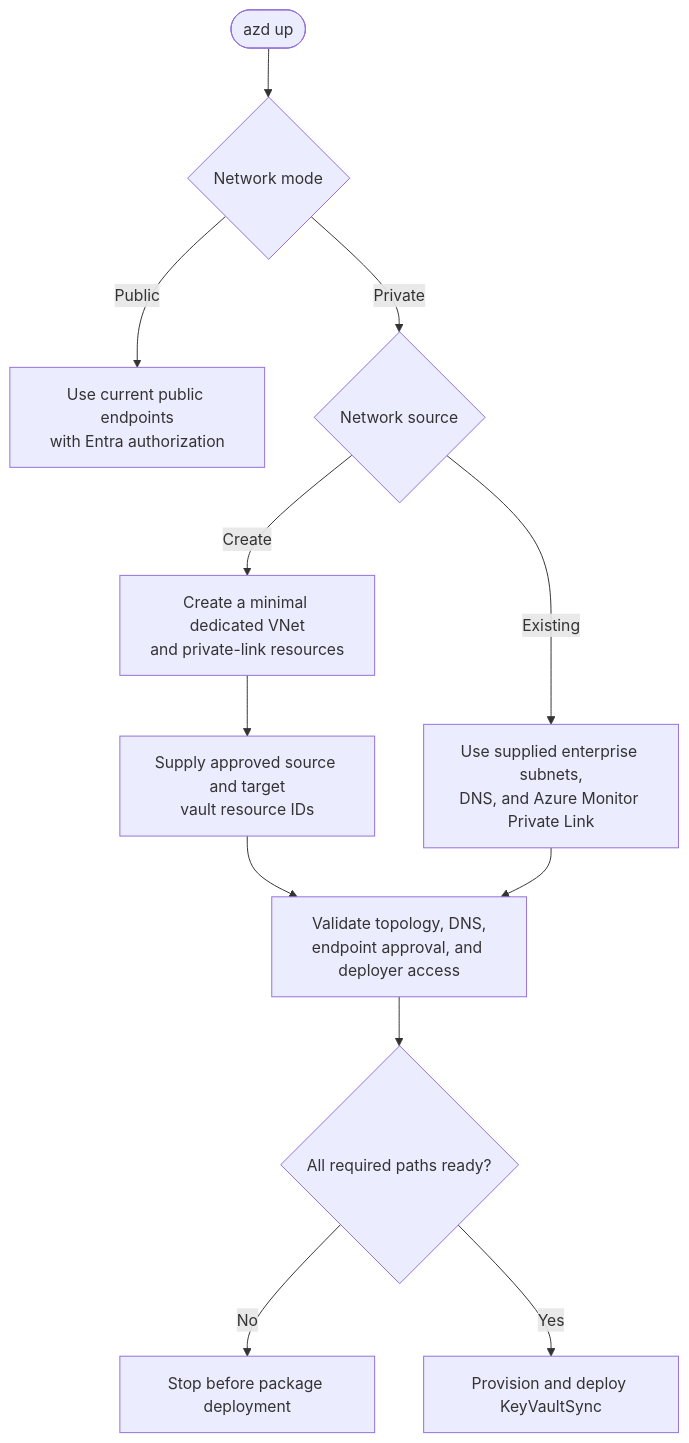
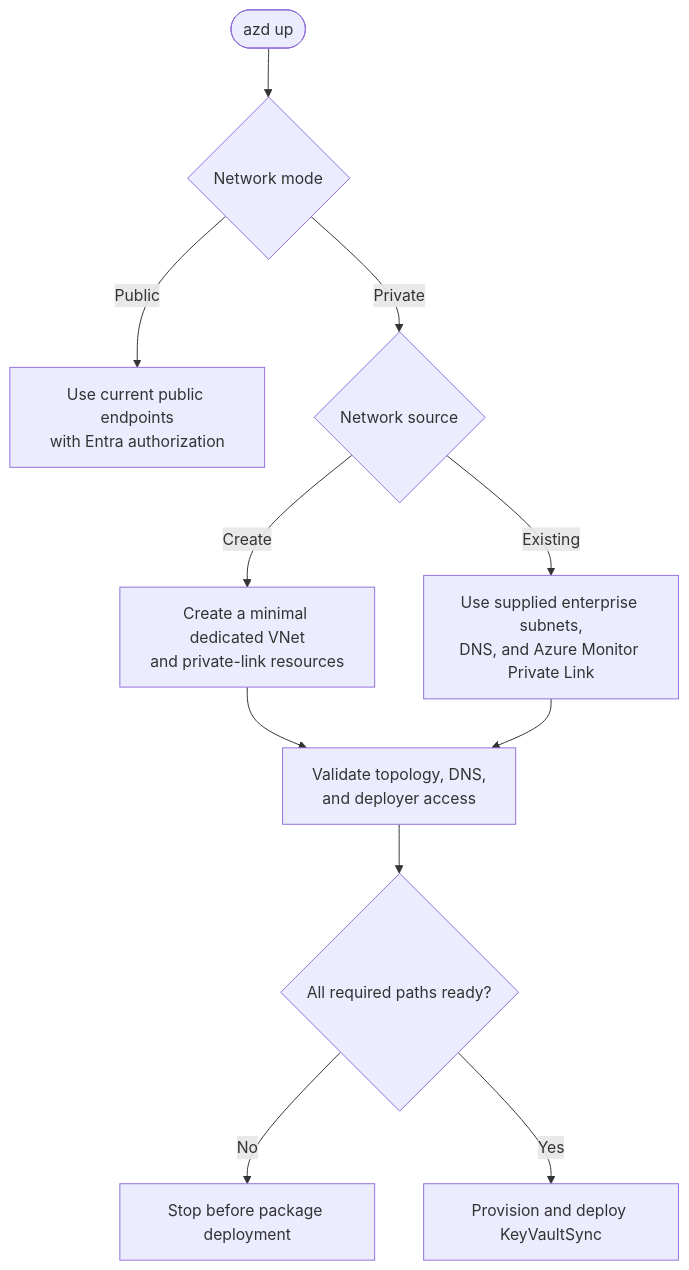
The first of 4 diagrams in doc/networking.md (amgdy/keyvault-sync), drawn with Mermaid before and after one commit. The commit also changed other lines of this file and 11 other files, not shown here.

````diff
--- a/doc/networking.md
+++ b/doc/networking.md
@@ -26,14 +28,13 @@
 ```mermaid
 flowchart TD
     Start([azd up]) --> Mode{Network mode}
     Mode -->|Public| Public["Use current public endpoints<br/>with Entra authorization"]
     Mode -->|Private| Source{Network source}
     Source -->|Create| Managed["Create a minimal dedicated VNet<br/>and private-link resources"]
     Source -->|Existing| Existing["Use supplied enterprise subnets,<br/>DNS, and Azure Monitor Private Link"]
-    Managed --> Vaults["Supply approved source and target<br/>vault resource IDs"]
-    Vaults --> Validate["Validate topology, DNS,<br/>endpoint approval, and deployer access"]
+    Managed --> Validate["Validate topology, DNS,<br/>and deployer access"]
     Existing --> Validate
     Validate --> Ready{All required paths ready?}
     Ready -->|No| Stop["Stop before package deployment"]
     Ready -->|Yes| Deploy["Provision and deploy KeyVaultSync"]
 ```
````
